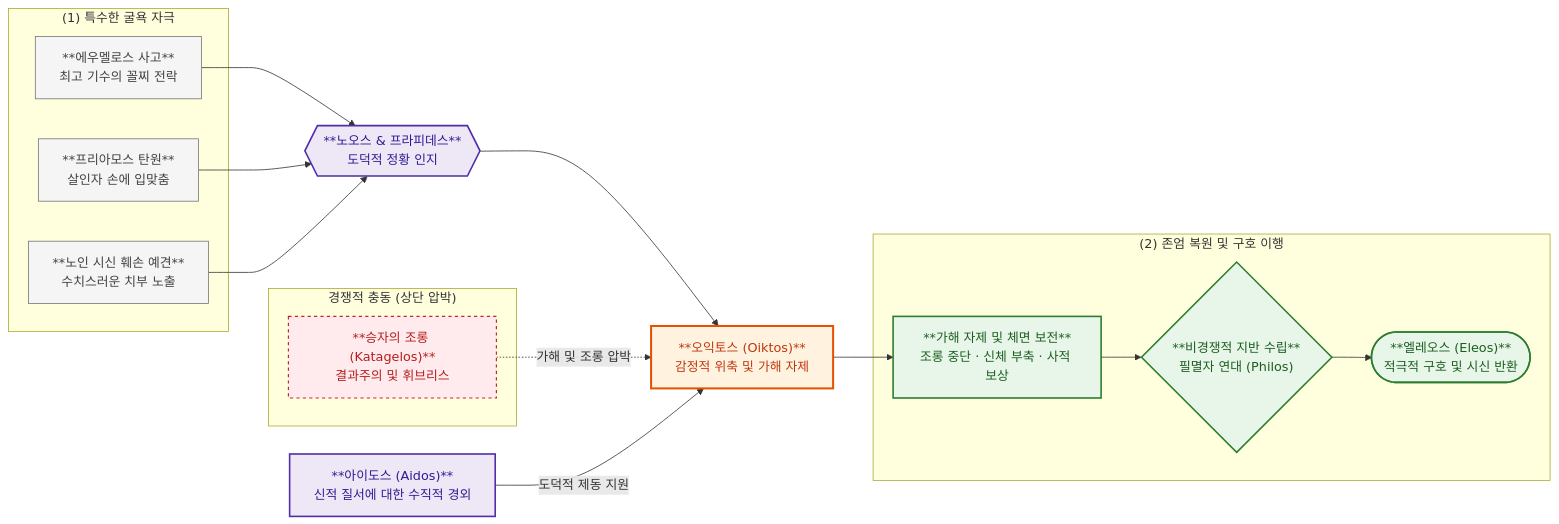
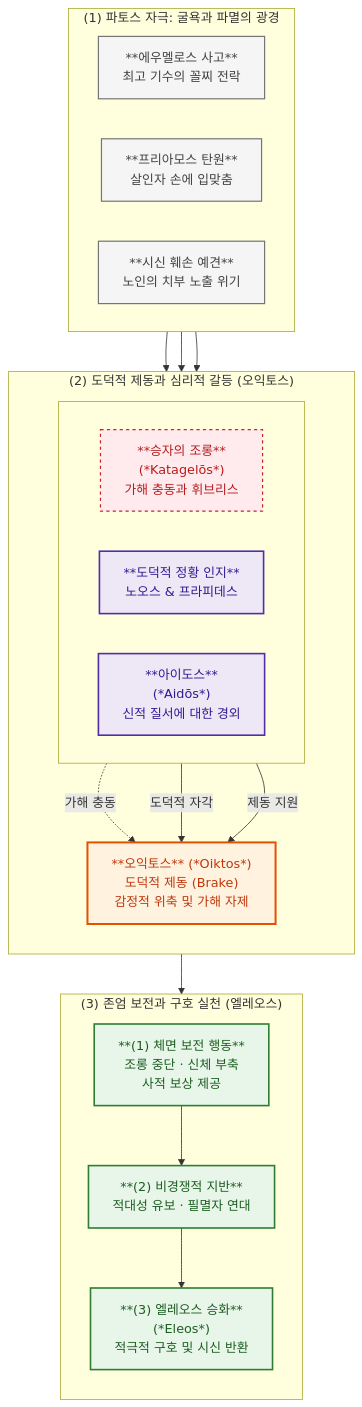
The diagram in wiki/concepts/concept-oiktos.md (YgHnSIM/Homer_wiki), drawn with Mermaid before and after one commit. The commit also changed 2 other files, not shown here.

Commit message:
refactor(concepts): eleos 및 oiktos 머메이드 세로형 파이프라인 정비

````diff
--- a/wiki/concepts/concept-oiktos.md
+++ b/wiki/concepts/concept-oiktos.md
@@ -129,47 +129,49 @@
 ```mermaid
-flowchart LR
+flowchart TD
     %% 스타일 정의
     classDef core fill:#FFF3E0,stroke:#E65100,stroke-width:2.5px,color:#BF360C;
     classDef norm fill:#EDE7F6,stroke:#512DA8,stroke-width:2px,color:#311B92;
     classDef oppose fill:#FFEBEE,stroke:#C62828,stroke-width:1.5px,stroke-dasharray: 4 4,color:#B71C1C;
     classDef action fill:#E8F5E9,stroke:#2E7D32,stroke-width:2px,color:#1B5E20;
-    classDef event fill:#F5F5F5,stroke:#757575,stroke-width:1px,color:#424242;
+    classDef event fill:#F5F5F5,stroke:#757575,stroke-width:1.5px,color:#424242;
 
-    %% 1. 자극 사건군
-    subgraph S1 ["(1) 특수한 굴욕 자극"]
+    %% 1. 파토스 자극
+    subgraph S1 ["(1) 파토스 자극: 굴욕과 파멸의 광경"]
+        direction LR
         E1["**에우멜로스 사고**<br/>최고 기수의 꼴찌 전락"]:::event
         E2["**프리아모스 탄원**<br/>살인자 손에 입맞춤"]:::event
-        E3["**노인 시신 훼손 예견**<br/>수치스러운 치부 노출"]:::event
+        E3["**시신 훼손 예견**<br/>노인의 치부 노출 위기"]:::event
     end
 
-    %% 2. 인지 좌소
-    COG{{"**노오스 & 프라피데스**<br/>도덕적 정황 인지"}}:::norm
+    %% 2. 도덕적 제동과 심리적 갈등
+    subgraph S2 ["(2) 도덕적 제동과 심리적 갈등 (오익토스)"]
+        direction TB
+        subgraph S2_Top [" "]
+            direction LR
+            OPP["**승자의 조롱**<br/>(*Katagelōs*)<br/>가해 충동과 휘브리스"]:::oppose
+            COG["**도덕적 정황 인지**<br/>노오스 & 프라피데스"]:::norm
+            AID["**아이도스**<br/>(*Aidōs*)<br/>신적 질서에 대한 경외"]:::norm
+        end
 
-    %% 3. 중심 브레이크: 오익토스
-    OIK["**오익토스 (Oiktos)**<br/>감정적 위축 및 가해 자제"]:::core
+        OIK["**오익토스** (*Oiktos*)<br/>도덕적 제동 (Brake)<br/>감정적 위축 및 가해 자제"]:::core
 
-    %% 4. 수직 대립/지원 축
-    subgraph S_OPP ["경쟁적 충동 (상단 압박)"]
-        OPP["**승자의 조롱 (Katagelos)**<br/>결과주의 및 휘브리스"]:::oppose
+        OPP -.->|"가해 충동"| OIK
+        COG -->|"도덕적 자각"| OIK
+        AID -->|"제동 지원"| OIK
     end
 
-    AID["**아이도스 (Aidos)**<br/>신적 질서에 대한 수직적 경외"]:::norm
+    %% 3. 실천과 승화
+    subgraph S3 ["(3) 존엄 보전과 구호 실천 (엘레오스)"]
+        direction TB
+        ACT["**(1) 체면 보전 행동**<br/>조롱 중단 · 신체 부축<br/>사적 보상 제공"]:::action
+        MED["**(2) 비경쟁적 지반**<br/>적대성 유보 · 필멸자 연대"]:::action
+        ELE["**(3) 엘레오스 승화**<br/>(*Eleos*)<br/>적극적 구호 및 시신 반환"]:::action
 
-    %% 5. 실천 및 이행 관문
-    subgraph S_ACT ["(2) 존엄 복원 및 구호 이행"]
-        ACT["**가해 자제 및 체면 보전**<br/>조롱 중단 · 신체 부축 · 사적 보상"]:::action
-        MED{"**비경쟁적 지반 수립**<br/>필멸자 연대 (Philos)"}:::action
-        ELE(["**엘레오스 (Eleos)**<br/>적극적 구호 및 시신 반환"]):::action
+        ACT --> MED
+        MED --> ELE
     end
 
-    %% 연결선 (주류 및 대립)
+    %% 단계 간 연결
     E1 & E2 & E3 --> COG
-    COG --> OIK
-
-    OPP -.->|"가해 및 조롱 압박"| OIK
-    AID -->|"도덕적 제동 지원"| OIK
-
     OIK --> ACT
-    ACT --> MED
-    MED --> ELE
 ```
````
